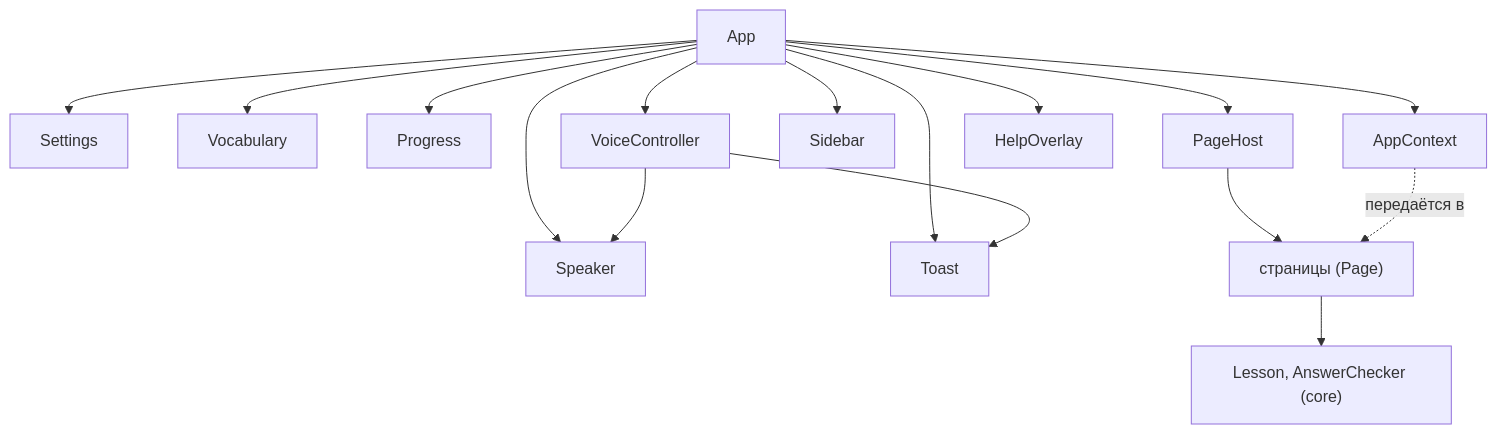
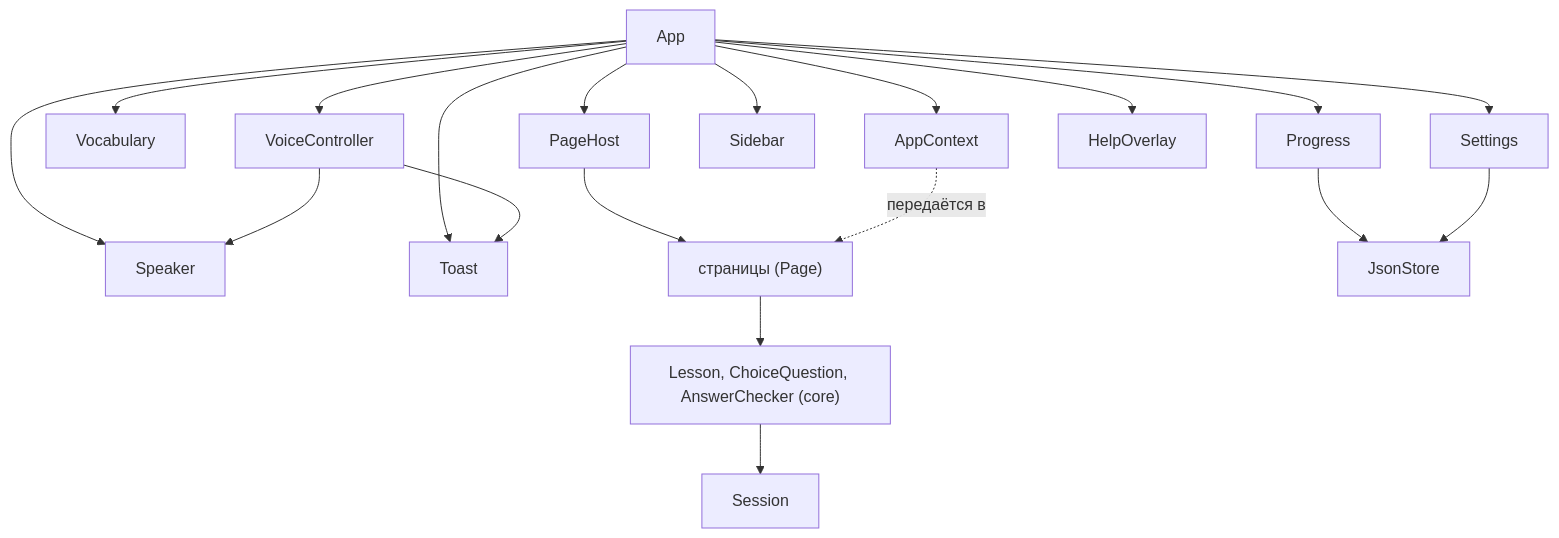
Before and after one commit to kresovivan/python_project: the first of 2 diagrams in english_for_programmers_gui/README.md, drawn with Mermaid. The commit also changed other lines of this file and 50 other files, not shown here.

````diff
--- a/english_for_programmers_gui/README.md
+++ b/english_for_programmers_gui/README.md
@@ -238,15 +289,17 @@
 ```mermaid
 flowchart TD
     App --> Settings & Vocabulary & Progress & Speaker
     App --> Toast
     App --> VoiceController
     VoiceController --> Speaker
     VoiceController --> Toast
     App --> AppContext
     App --> Sidebar
     App --> PageHost
     App --> HelpOverlay
     PageHost --> Pages["страницы (Page)"]
     AppContext -.передаётся в.-> Pages
-    Pages --> Lesson["Lesson, AnswerChecker (core)"]
+    Pages --> Lesson["Lesson, ChoiceQuestion, AnswerChecker (core)"]
+    Lesson --> Session
+    Progress & Settings --> JsonStore
 ```
````
